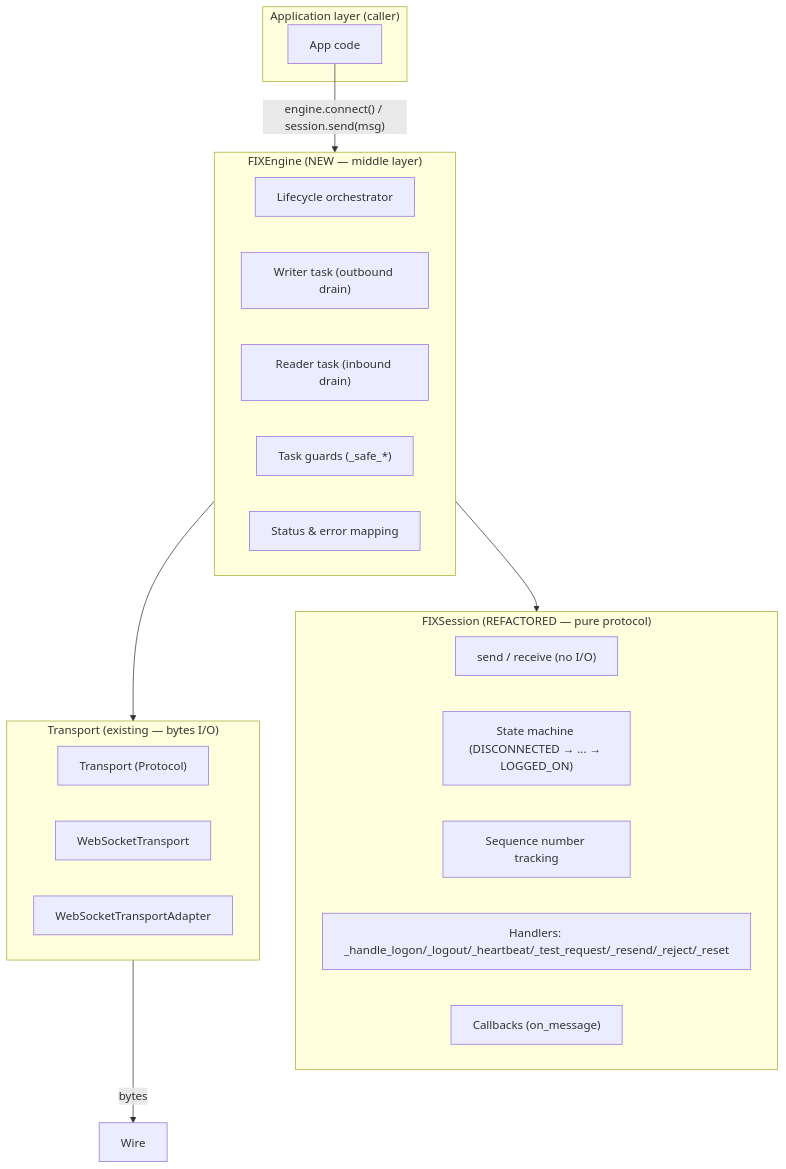
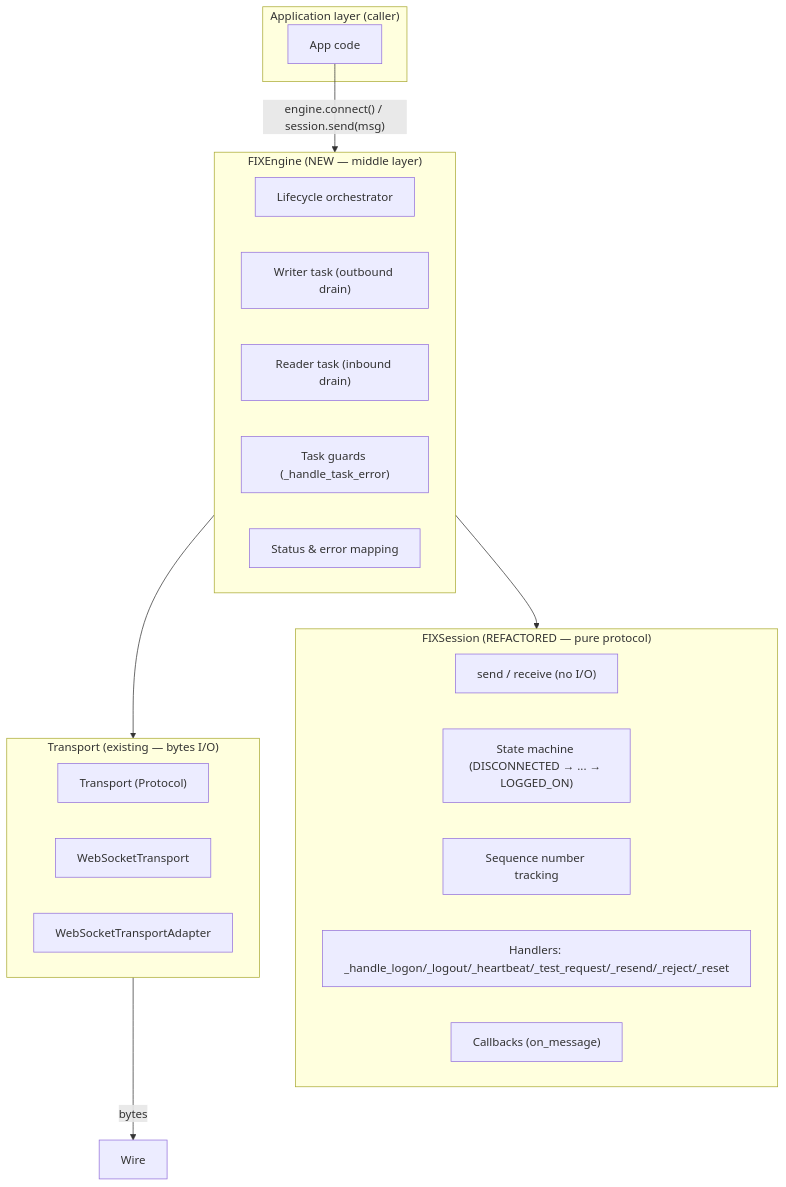
The first of 6 diagrams in docs/design/session-transport.md (MatiasAgelvis/Fixwire), drawn with Mermaid before and after one commit. The commit also changed other lines of this file, not shown here.

````diff
--- a/docs/design/session-transport.md
+++ b/docs/design/session-transport.md
@@ -39,33 +39,33 @@
 ```mermaid
 graph TD
     subgraph App["Application layer (caller)"]
         A["App code"]
     end
 
     subgraph Engine["FIXEngine (NEW — middle layer)"]
         E1["Lifecycle orchestrator"]
         E2["Writer task (outbound drain)"]
         E3["Reader task (inbound drain)"]
-        E4["Task guards (_safe_*)"]
+        E4["Task guards (_handle_task_error)"]
         E5["Status & error mapping"]
     end
 
     subgraph Session["FIXSession (REFACTORED — pure protocol)"]
         S1["send / receive (no I/O)"]
         S2["State machine (DISCONNECTED → ... → LOGGED_ON)"]
         S3["Sequence number tracking"]
         S4["Handlers: _handle_logon/_logout/_heartbeat/_test_request/_resend/_reject/_reset"]
         S5["Callbacks (on_message)"]
     end
 
     subgraph Transport["Transport (existing — bytes I/O)"]
         T1["Transport (Protocol)"]
         T2["WebSocketTransport"]
         T3["WebSocketTransportAdapter"]
     end
 
     A -->|"engine.connect() / session.send(msg)"| Engine
     Engine --> Session
     Engine --> Transport
     Transport -->|"bytes"| Socket["Wire"]
 ```
````
